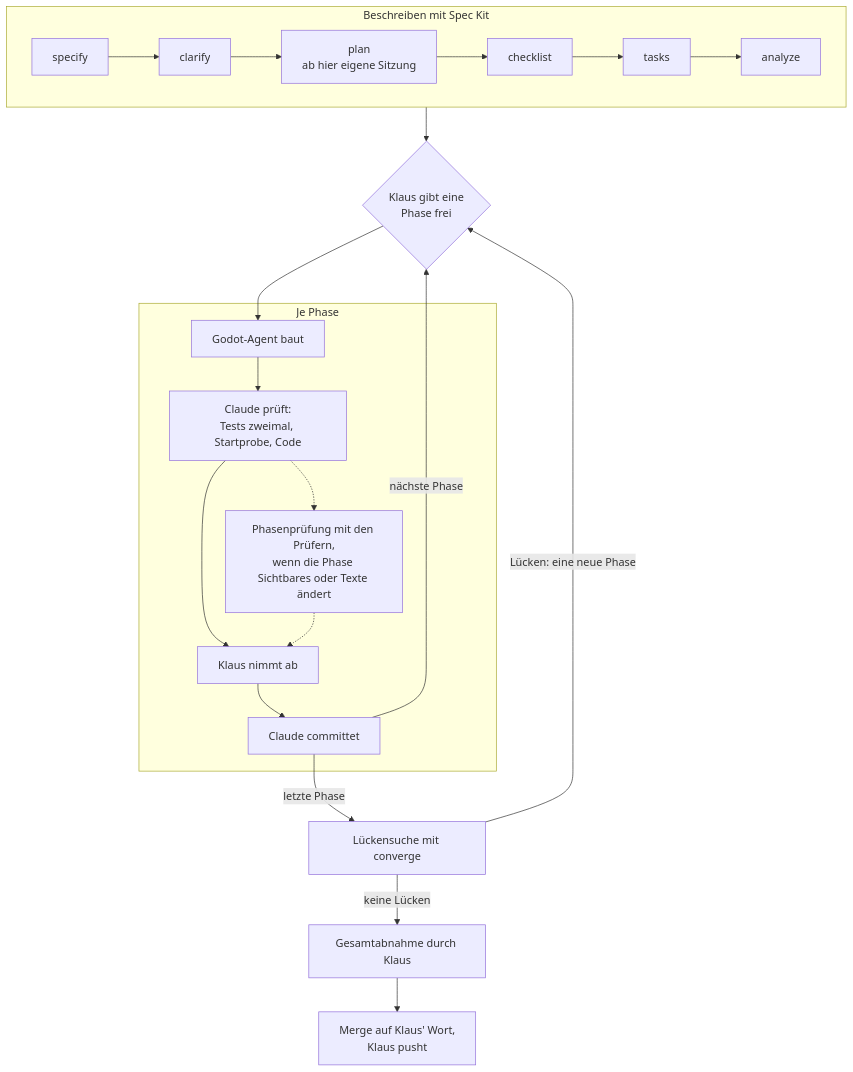
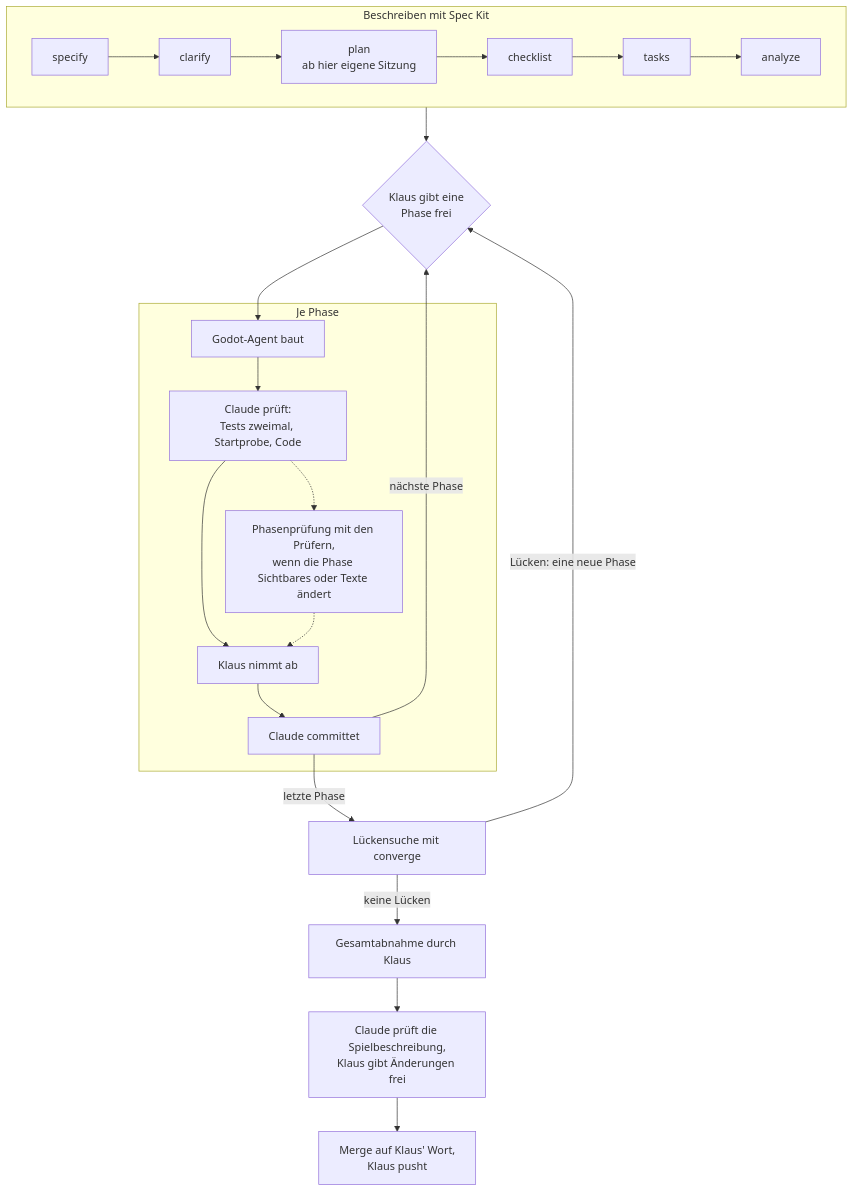
Before and after one commit to klausmoster/DerComputerladen: the diagram in docs/ki_workflow/ki_dev.md, drawn with Mermaid. The commit also changed other lines of this file and 15 other files, not shown here.

````diff
--- a/docs/ki_workflow/ki_dev.md
+++ b/docs/ki_workflow/ki_dev.md
@@ -25,21 +25,22 @@
 ```mermaid
 flowchart TD
     subgraph beschreiben["Beschreiben mit Spec Kit"]
         direction LR
         S1["specify"] --> S2["clarify"] --> S3["plan<br/>ab hier eigene Sitzung"] --> S4["checklist"] --> S5["tasks"] --> S6["analyze"]
     end
     beschreiben --> F{"Klaus gibt eine<br/>Phase frei"}
     subgraph phase["Je Phase"]
         B["Godot-Agent baut"] --> CP["Claude prüft:<br/>Tests zweimal, Startprobe, Code"]
         CP --> AB["Klaus nimmt ab"]
         CP -.-> P["Phasenprüfung mit den Prüfern,<br/>wenn die Phase Sichtbares oder Texte ändert"]
         P -.-> AB
         AB --> CO["Claude committet"]
     end
     F --> B
     CO -->|"nächste Phase"| F
     CO -->|"letzte Phase"| CV["Lückensuche mit converge"]
     CV -->|"Lücken: eine neue Phase"| F
     CV -->|"keine Lücken"| GA["Gesamtabnahme durch Klaus"]
-    GA --> M["Merge auf Klaus' Wort,<br/>Klaus pusht"]
+    GA --> SB["Claude prüft die Spielbeschreibung,<br/>Klaus gibt Änderungen frei"]
+    SB --> M["Merge auf Klaus' Wort,<br/>Klaus pusht"]
 ```
````
